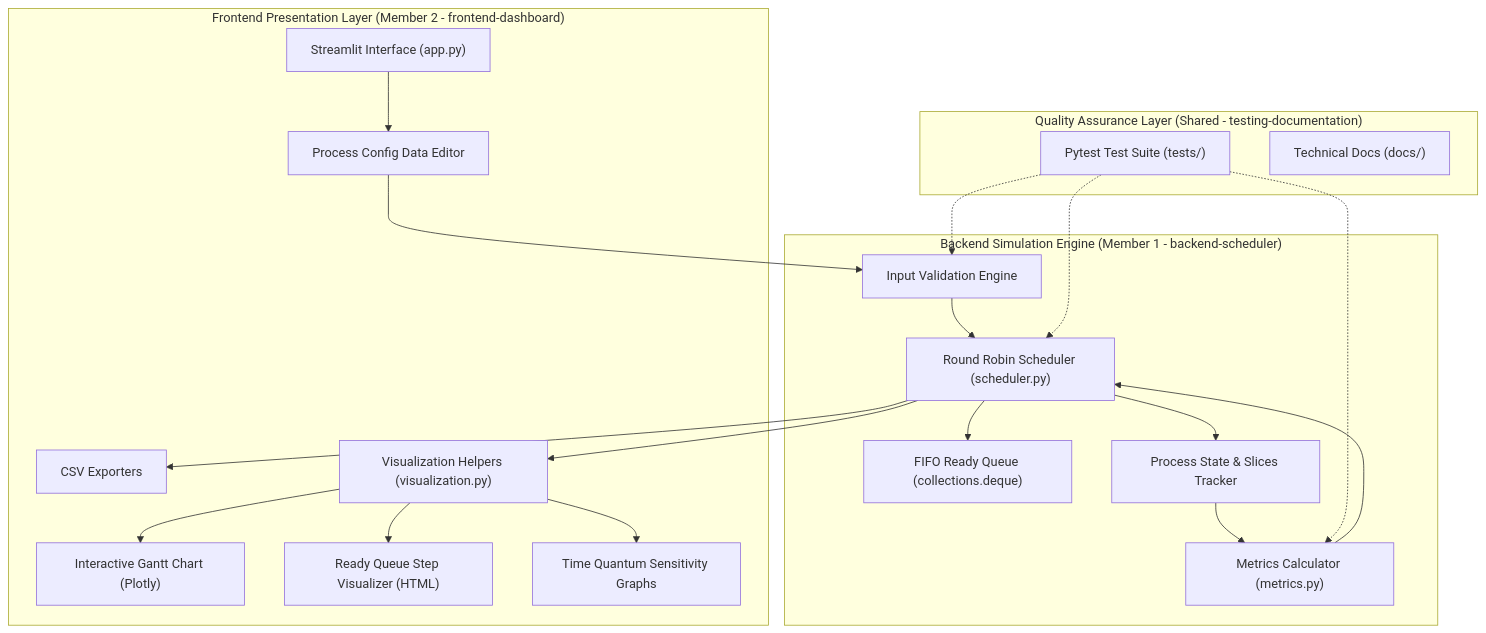
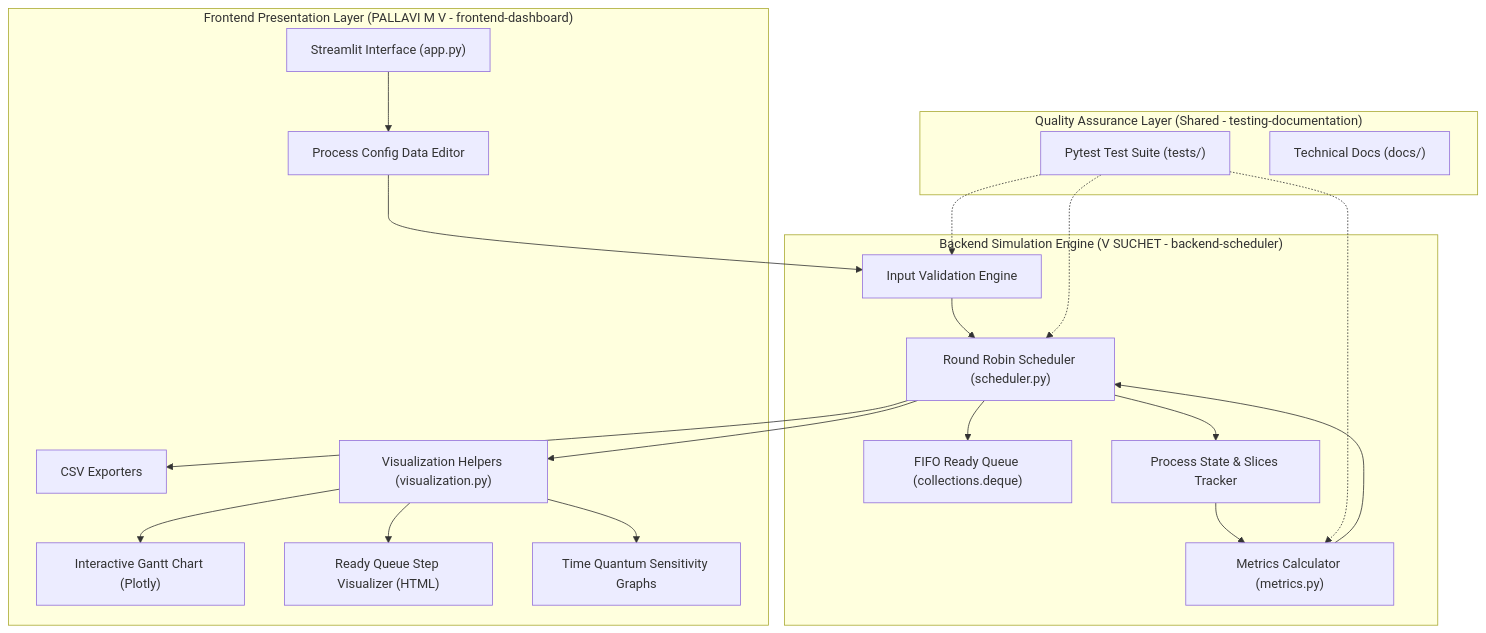
The first of 2 diagrams in docs/architecture.md (SUCHET28/OS-Assignment), drawn with Mermaid before and after one commit. The commit also changed other lines of this file and 7 other files, not shown here.

Commit message:
docs: credit team members V SUCHET (Backend) and PALLAVI M V (Frontend) across all modules

````diff
--- a/docs/architecture.md
+++ b/docs/architecture.md
@@ -20,42 +20,42 @@
 ```mermaid
 flowchart TD
-    subgraph UI_Layer["Frontend Presentation Layer (Member 2 - frontend-dashboard)"]
+    subgraph UI_Layer["Frontend Presentation Layer (PALLAVI M V - frontend-dashboard)"]
         UI["Streamlit Interface (app.py)"]
         TableEditor["Process Config Data Editor"]
         GanttView["Interactive Gantt Chart (Plotly)"]
         QueueView["Ready Queue Step Visualizer (HTML)"]
         SensitivityView["Time Quantum Sensitivity Graphs"]
         CSVExport["CSV Exporters"]
         VisEngine["Visualization Helpers (visualization.py)"]
     end
 
-    subgraph Core_Layer["Backend Simulation Engine (Member 1 - backend-scheduler)"]
+    subgraph Core_Layer["Backend Simulation Engine (V SUCHET - backend-scheduler)"]
         Validator["Input Validation Engine"]
         Scheduler["Round Robin Scheduler (scheduler.py)"]
         ReadyQueue["FIFO Ready Queue (collections.deque)"]
         Tracker["Process State & Slices Tracker"]
         MetricsEngine["Metrics Calculator (metrics.py)"]
     end
 
     subgraph Test_Layer["Quality Assurance Layer (Shared - testing-documentation)"]
         PytestRunner["Pytest Test Suite (tests/)"]
         DocSuite["Technical Docs (docs/)"]
     end
 
     UI --> TableEditor
     TableEditor --> Validator
     Validator --> Scheduler
     Scheduler --> ReadyQueue
     Scheduler --> Tracker
     Tracker --> MetricsEngine
     MetricsEngine --> Scheduler
     Scheduler --> VisEngine
     VisEngine --> GanttView
     VisEngine --> QueueView
     VisEngine --> SensitivityView
     Scheduler --> CSVExport
 
     PytestRunner -.-> Validator
     PytestRunner -.-> Scheduler
     PytestRunner -.-> MetricsEngine
 ```
````
